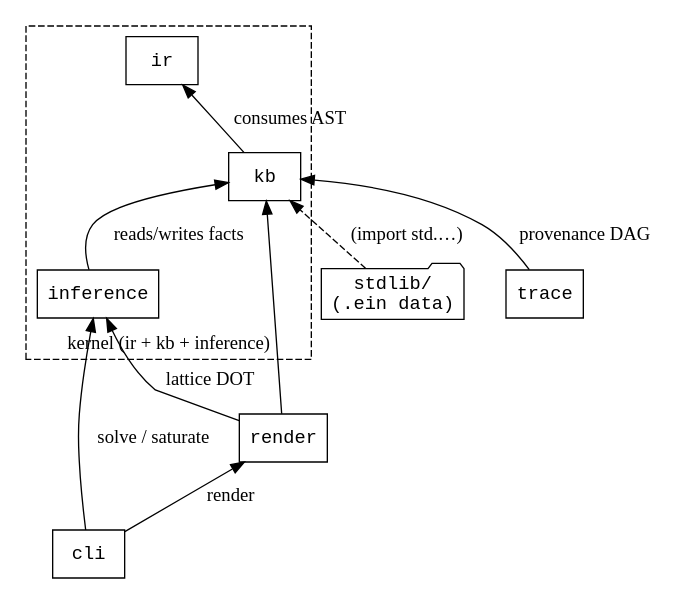
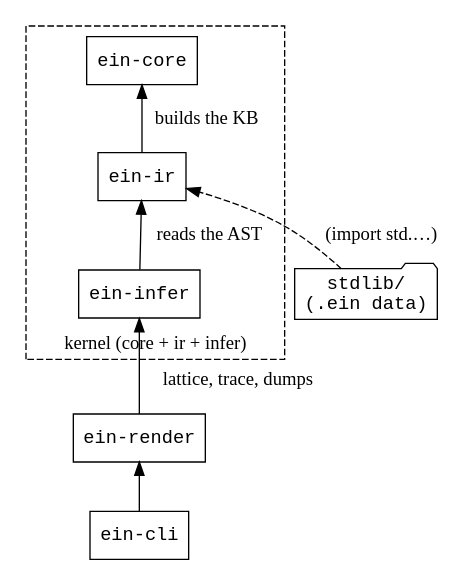
One commit to agutikov/ein changed the second of 3 diagrams in docs/kernel/architecture.md. Above: the diagram before and after it, drawn with Graphviz. The commit also changed other lines of this file and 75 other files, not shown here.

````diff
--- a/docs/kernel/architecture.md
+++ b/docs/kernel/architecture.md
@@ -45,21 +49,18 @@
 ```dot
 digraph deps {
   rankdir=BT;
   node [shape=box, fontname="monospace"];
   subgraph cluster_kernel {
-    label="kernel (ir + kb + inference)"; style=dashed;
-    ir; kb; inference;
+    label="kernel (core + ir + infer)"; style=dashed;
+    core [label="ein-core"]; ir [label="ein-ir"]; infer [label="ein-infer"];
   }
   stdlib [label="stdlib/\n(.ein data)", shape=folder];
-  render; trace; cli;
+  render [label="ein-render"]; cli [label="ein-cli"];
 
-  kb        -> ir        [label="consumes AST"];
-  inference -> kb        [label="reads/writes facts"];
-  render    -> kb;
-  render    -> inference [label="lattice DOT"];
-  trace     -> kb        [label="provenance DAG"];
-  cli       -> inference [label="solve / saturate"];
-  cli       -> render    [label="render"];
-  stdlib    -> kb        [label="(import std.…)", style=dashed];
+  ir     -> core   [label="builds the KB"];
+  infer  -> ir     [label="reads the AST"];
+  render -> infer  [label="lattice, trace, dumps"];
+  cli    -> render;
+  stdlib -> ir     [label="(import std.…)", style=dashed];
 }
 ```
````
